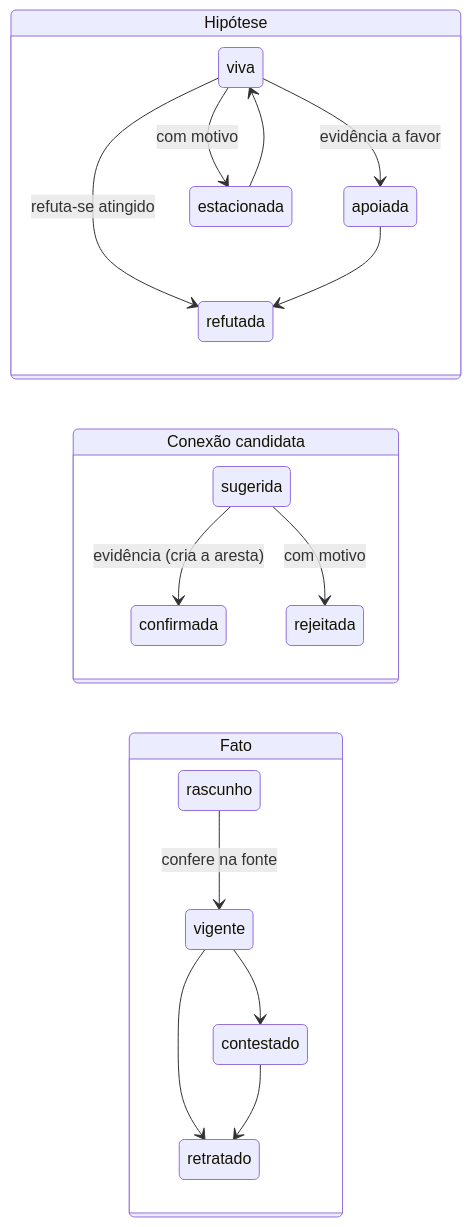
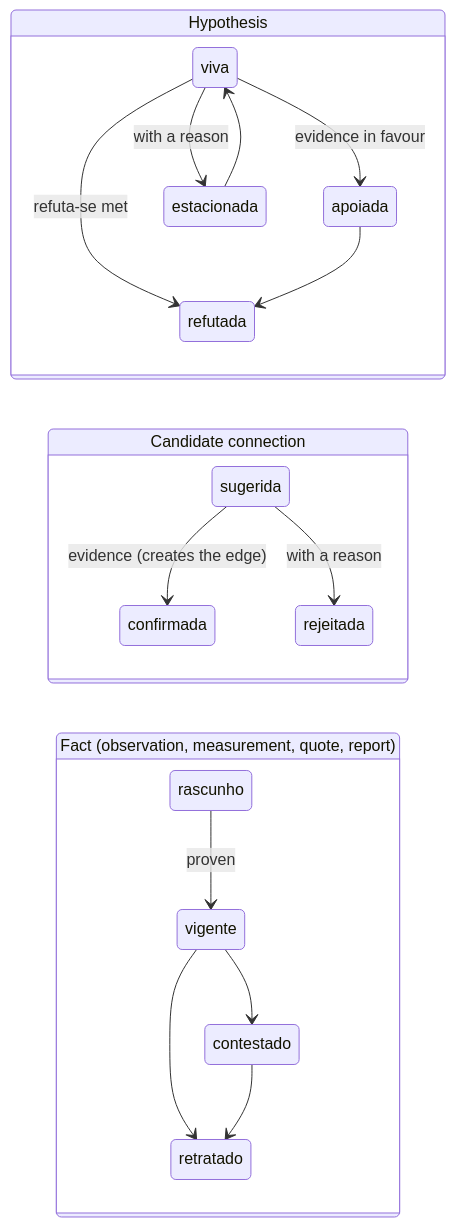
Before and after one commit to jhonymiler/holmes: the fourth of 6 diagrams in MODELO.md, drawn with Mermaid. The commit also changed other lines of this file and 34 other files, not shown here.

````diff
--- a/MODELO.md
+++ b/MODELO.md
@@ -213,21 +221,21 @@
 ```mermaid
 stateDiagram-v2
     direction LR
-    state "Hipótese" as Hip {
-        viva --> apoiada: evidência a favor
-        viva --> refutada: refuta-se atingido
-        viva --> estacionada: com motivo
+    state "Hypothesis" as Hip {
+        viva --> apoiada: evidence in favour
+        viva --> refutada: refuta-se met
+        viva --> estacionada: with a reason
         apoiada --> refutada
         estacionada --> viva
     }
-    state "Conexão candidata" as Con {
-        sugerida --> confirmada: evidência (cria a aresta)
-        sugerida --> rejeitada: com motivo
+    state "Candidate connection" as Con {
+        sugerida --> confirmada: evidence (creates the edge)
+        sugerida --> rejeitada: with a reason
     }
-    state "Fato" as Fat {
-        rascunho --> vigente: confere na fonte
+    state "Fact (observation, measurement, quote, report)" as Fat {
+        rascunho --> vigente: proven
         vigente --> contestado
         vigente --> retratado
         contestado --> retratado
     }
 ```
````
